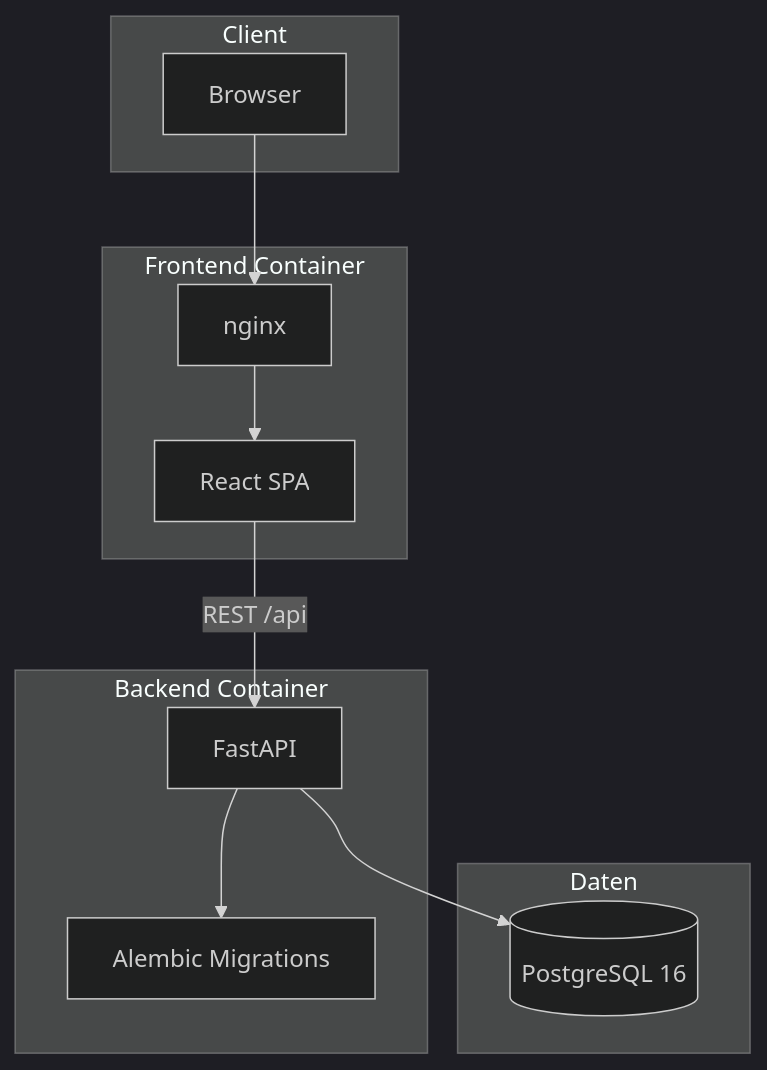
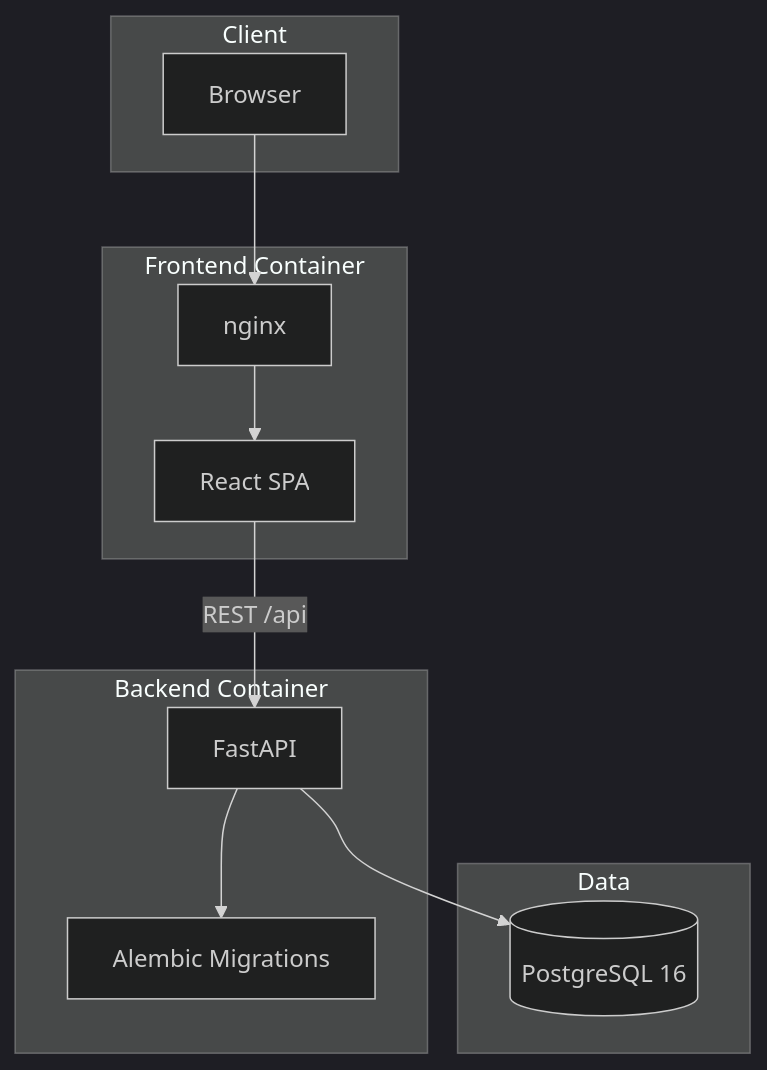
Before and after one commit to erlkoenig91/prompt-db: the diagram in docs/architecture.md, drawn with Mermaid (dark theme). The commit also changed other lines of this file and 24 other files, not shown here.

````diff
--- a/docs/architecture.md
+++ b/docs/architecture.md
@@ -5,26 +5,26 @@
 ```mermaid
 flowchart TB
   subgraph client [Client]
     Browser[Browser]
   end
 
   subgraph frontend [Frontend Container]
     Nginx[nginx]
     SPA[React SPA]
     Nginx --> SPA
   end
 
   subgraph backend [Backend Container]
     API[FastAPI]
     Alembic[Alembic Migrations]
     API --> Alembic
   end
 
-  subgraph data [Daten]
+  subgraph data [Data]
     PG[(PostgreSQL 16)]
   end
 
   Browser --> Nginx
   SPA -->|REST /api| API
   API --> PG
 ```
````
